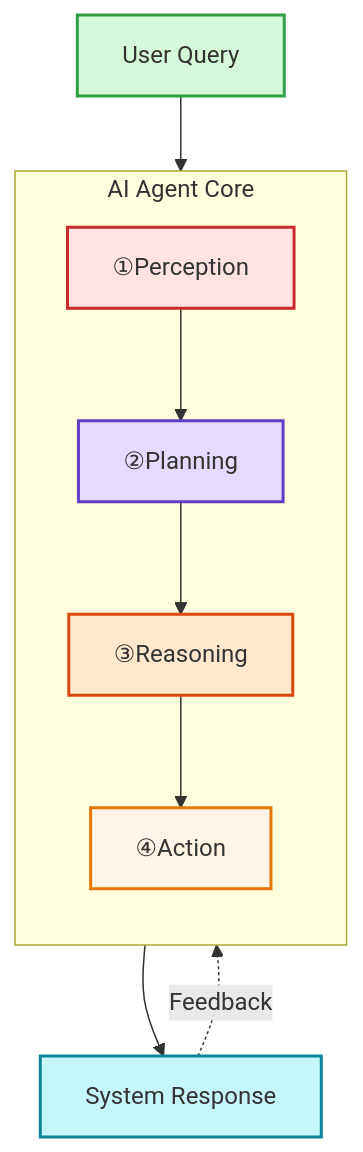
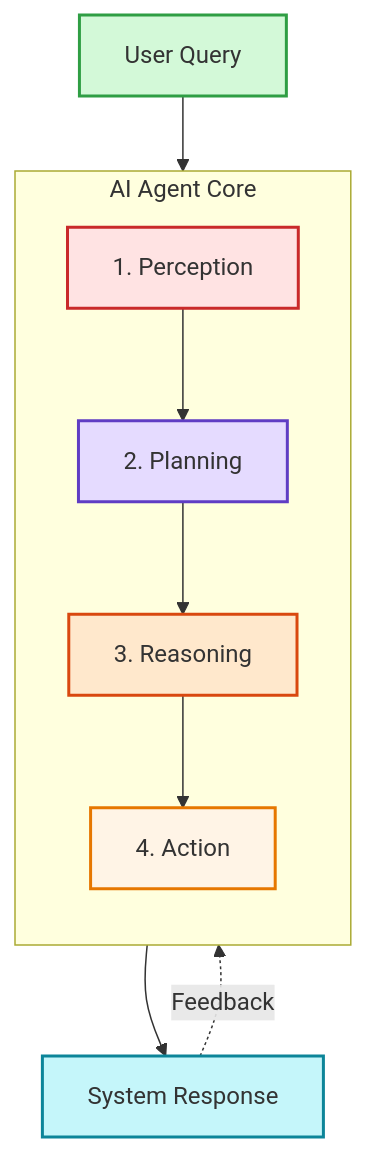
One commit to kouko/obsidian-researchworker changed the eighth of 11 diagrams in obsidian/skills/obsidian-mermaid-visualizer/flow/flowchart.md. Above: the diagram before and after it, drawn with Mermaid. The commit also changed other lines of this file and 56 other files, not shown here.

````diff
--- a/obsidian/skills/obsidian-mermaid-visualizer/flow/flowchart.md
+++ b/obsidian/skills/obsidian-mermaid-visualizer/flow/flowchart.md
@@ -218,21 +220,21 @@
 ```mermaid
 graph TB
     Input["User Query"] --> Perception
 
     subgraph agent["AI Agent Core"]
         direction TB
-        Perception["①Perception"] --> Planning["②Planning"]
-        Planning --> Reasoning["③Reasoning"]
-        Reasoning --> Action["④Action"]
+        Perception["1. Perception"] --> Planning["2. Planning"]
+        Planning --> Reasoning["3. Reasoning"]
+        Reasoning --> Action["4. Action"]
     end
 
     Action --> Output["System Response"]
     Output -.->|"Feedback"| Perception
 
     style Input fill:#d3f9d8,stroke:#2f9e44,stroke-width:2px
     style Output fill:#c5f6fa,stroke:#0c8599,stroke-width:2px
     style Perception fill:#ffe3e3,stroke:#c92a2a,stroke-width:2px
     style Planning fill:#e5dbff,stroke:#5f3dc4,stroke-width:2px
     style Reasoning fill:#ffe8cc,stroke:#d9480f,stroke-width:2px
     style Action fill:#fff4e6,stroke:#e67700,stroke-width:2px
 ```
````
